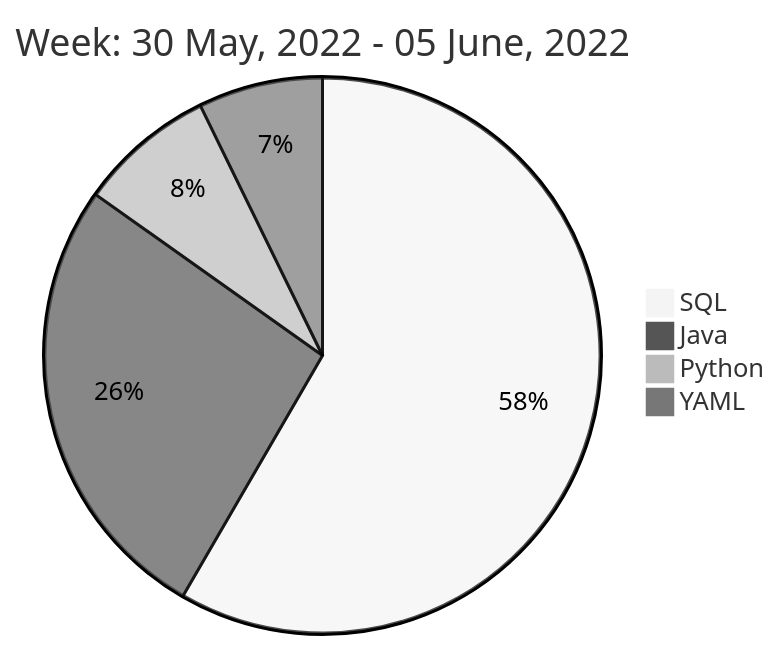
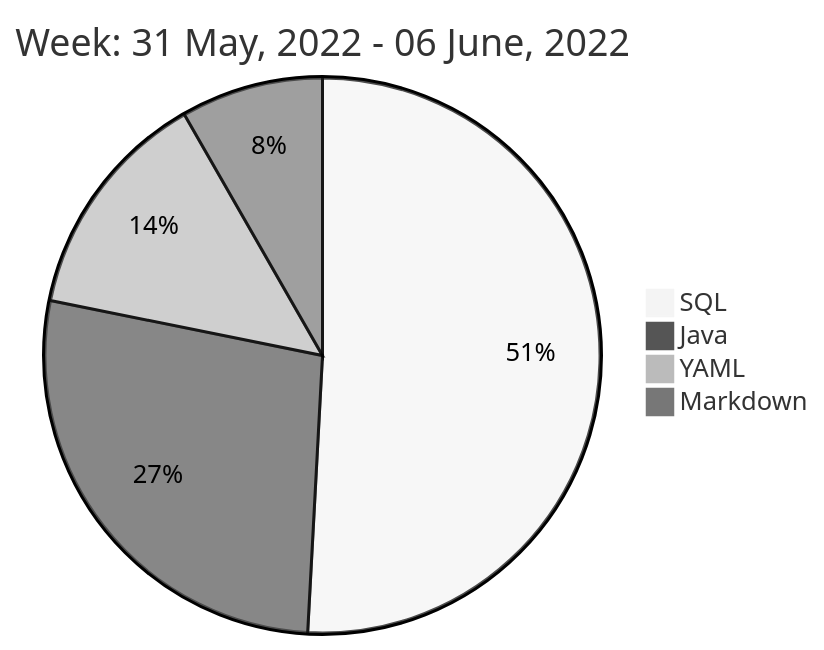
The diagram in README.md (liubin95/liubin95), drawn with Mermaid (neutral theme) before and after one commit.

Commit message:
Updated the Graph with new Metrics

````diff
--- a/README.md
+++ b/README.md
@@ -40,8 +40,8 @@
 ```mermaid
  pie
-title Week: 30 May, 2022 - 05 June, 2022
- "SQL" : 8.23
- "Java" : 3.73
- "Python" : 1.12
- "YAML" : 1.02
+title Week: 31 May, 2022 - 06 June, 2022
+ "SQL" : 6.57
+ "Java" : 3.53
+ "YAML" : 1.75
+ "Markdown" : 1.07
 ```
````
